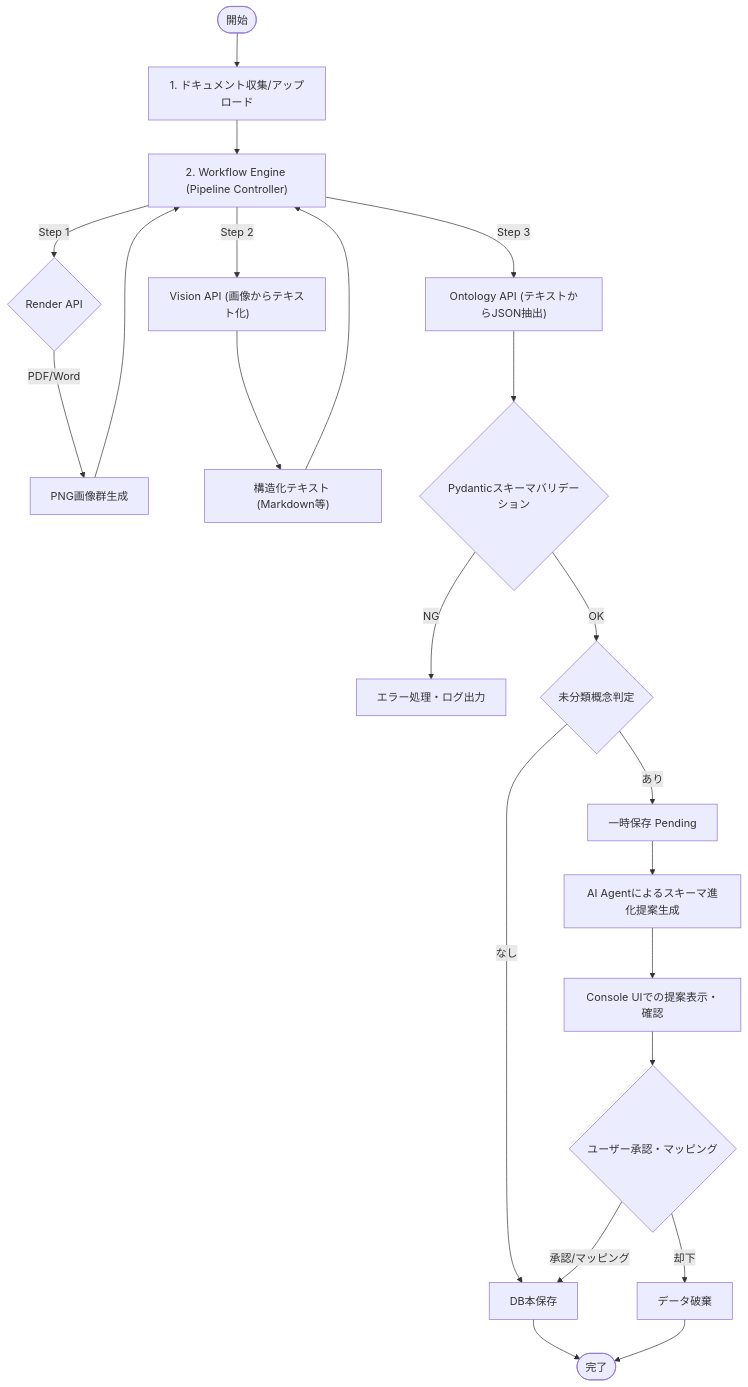
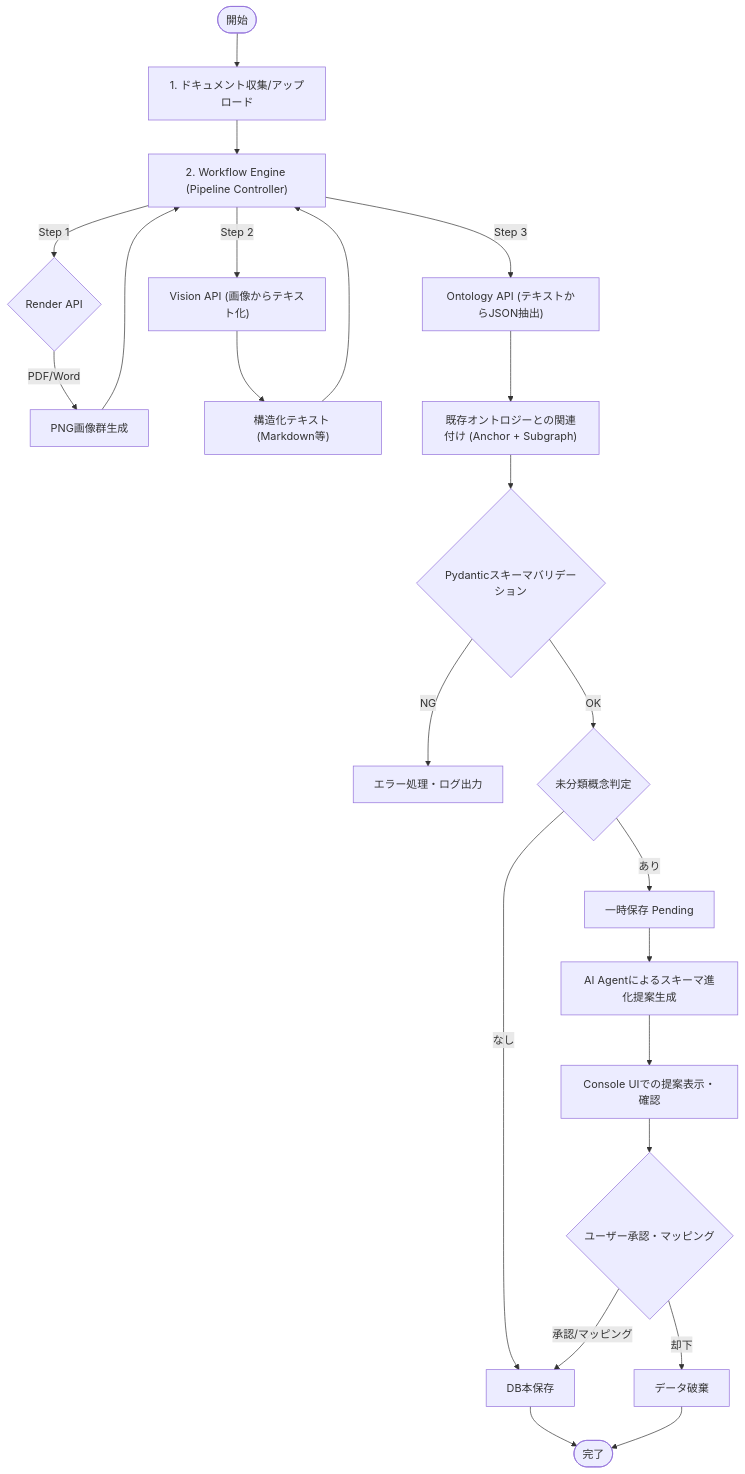
Before and after one commit to hiroooo000/ontoNgn: the first of 3 diagrams in docs/02_system_design.md, drawn with Mermaid. The commit also changed other lines of this file and 2 other files, not shown here.

Commit message:
docs: add Ontology Linking and Merging architecture design

````diff
--- a/docs/02_system_design.md
+++ b/docs/02_system_design.md
@@ -148,32 +149,33 @@
 ```mermaid
 flowchart TD
     Start(["開始"]) --> Ingestion["1. ドキュメント収集/アップロード"]
     Ingestion --> Workflow["2. Workflow Engine (Pipeline Controller)"]
     
     Workflow -->|Step 1| RenderAPI{"Render API"}
     RenderAPI -->|"PDF/Word"| Images["PNG画像群生成"]
     Images --> Workflow
     
     Workflow -->|Step 2| VisionAPI["Vision API (画像からテキスト化)"]
     VisionAPI --> ExtractedText["構造化テキスト (Markdown等)"]
     ExtractedText --> Workflow
     
     Workflow -->|Step 3| OntologyAPI["Ontology API (テキストからJSON抽出)"]
-    OntologyAPI --> Validate{"Pydanticスキーマバリデーション"}
+    OntologyAPI --> Linking["既存オントロジーとの関連付け (Anchor + Subgraph)"]
+    Linking --> Validate{"Pydanticスキーマバリデーション"}
     
     Validate -->|"NG"| Error["エラー処理・ログ出力"]
     Validate -->|"OK"| ConceptTriage{"未分類概念判定"}
     
     ConceptTriage -->|"なし"| SaveDB["DB本保存"]
     ConceptTriage -->|"あり"| TempSave["一時保存 Pending"]
     
     TempSave --> EvolutionAgent["AI Agentによるスキーマ進化提案生成"]
     EvolutionAgent --> ConsoleUI["Console UIでの提案表示・確認"]
     ConsoleUI --> UserAction{"ユーザー承認・マッピング"}
     
     UserAction -->|"承認/マッピング"| SaveDB
     UserAction -->|"却下"| Discard["データ破棄"]
     
     SaveDB --> End(["完了"])
     Discard --> End
 ```
````
